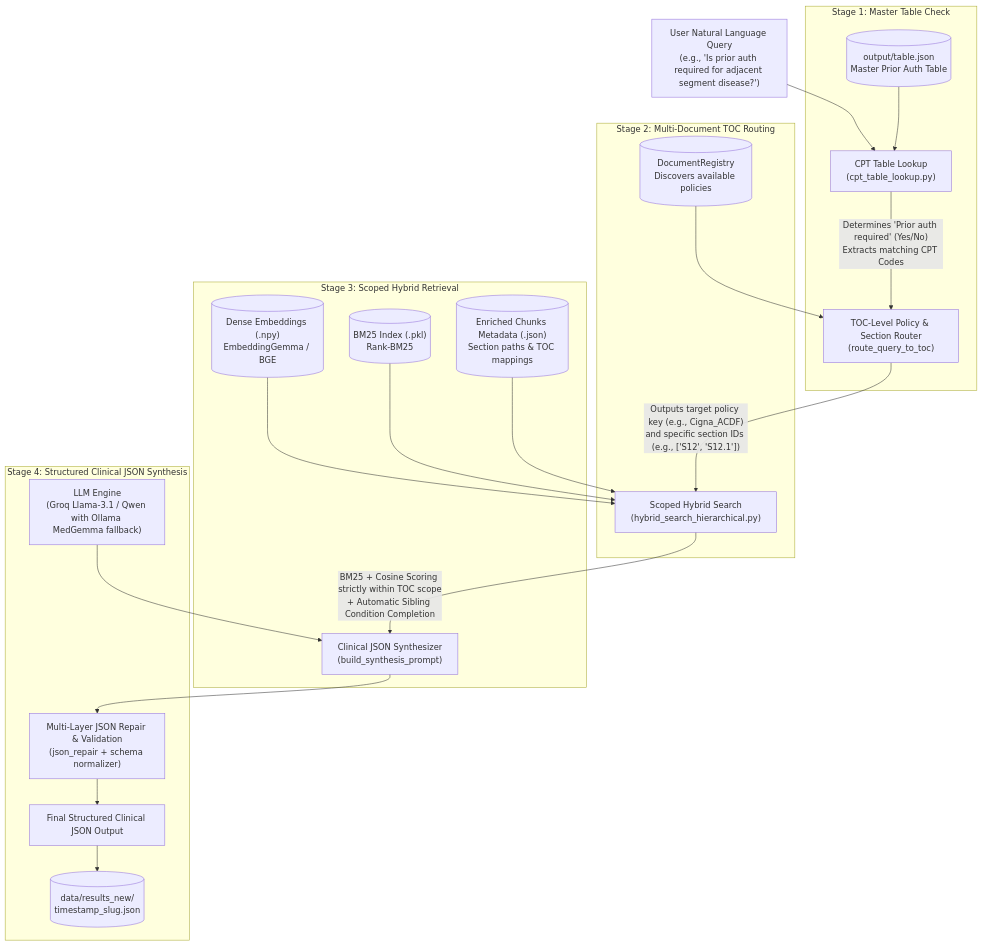
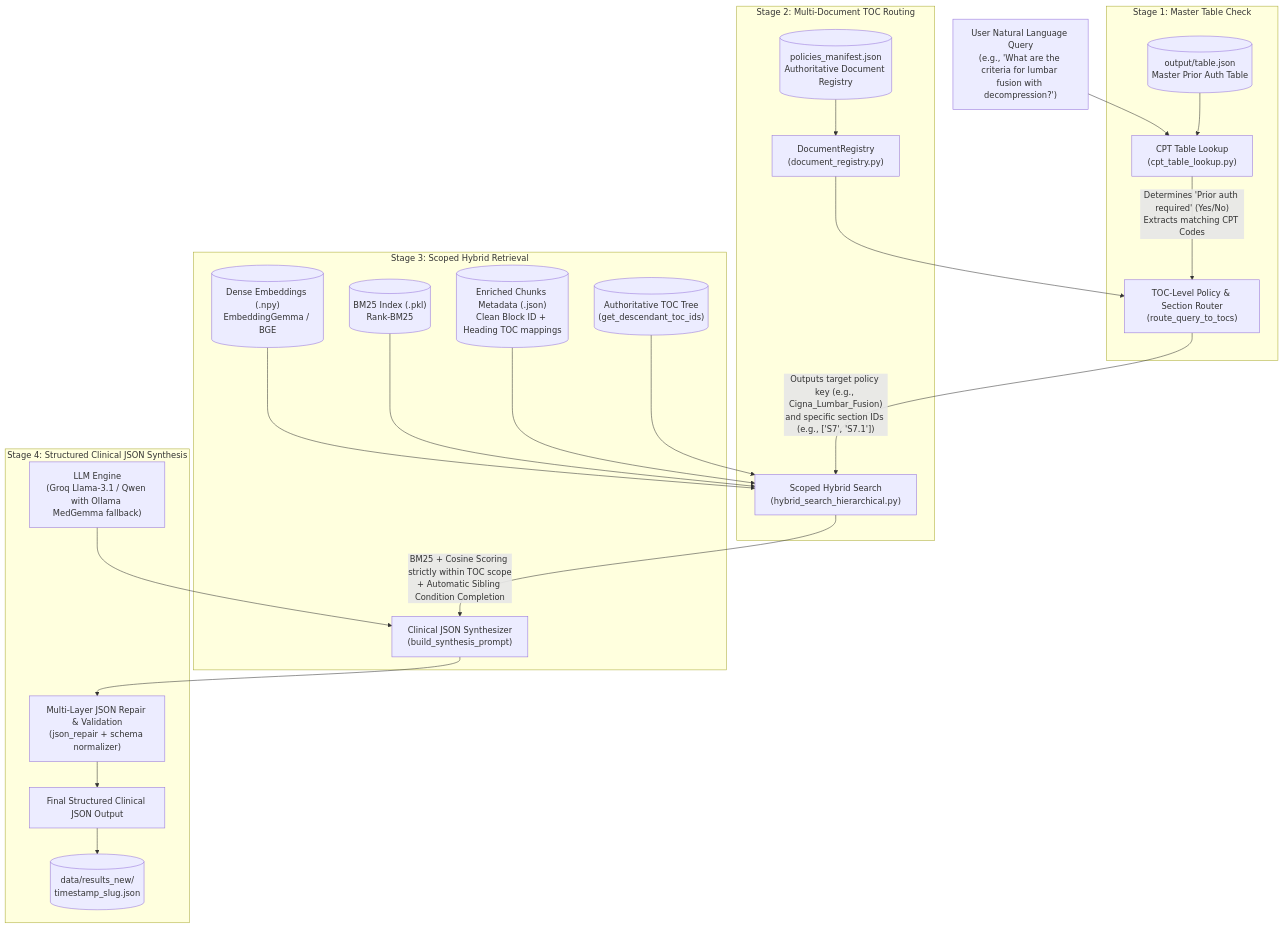
One commit to vijaykumarbk-btc/rag-copy changed the diagram in architecture.md. Above: the diagram before and after it, drawn with Mermaid. The commit also changed other lines of this file and 10 other files, not shown here.

````diff
--- a/architecture.md
+++ b/architecture.md
@@ -13,32 +13,34 @@
 ```mermaid
 flowchart TD
-    UserQuery["User Natural Language Query\n(e.g., 'Is prior auth required for adjacent segment disease?')"] --> S1
+    UserQuery["User Natural Language Query\n(e.g., 'What are the criteria for lumbar fusion with decompression?')"] --> S1
 
     subgraph Stage1["Stage 1: Master Table Check"]
         S1["CPT Table Lookup\n(cpt_table_lookup.py)"]
         TableJSON[("output/table.json\nMaster Prior Auth Table")] --> S1
         S1 -->|"Determines 'Prior auth required' (Yes/No)\nExtracts matching CPT Codes"| S2
     end
 
     subgraph Stage2["Stage 2: Multi-Document TOC Routing"]
-        DocRegistry[("DocumentRegistry\nDiscovers available policies")] --> S2
-        S2["TOC-Level Policy & Section Router\n(route_query_to_toc)"]
-        S2 -->|"Outputs target policy key (e.g., Cigna_ACDF)\nand specific section IDs (e.g., ['S12', 'S12.1'])"| S3
+        Manifest[("policies_manifest.json\nAuthoritative Document Registry")] --> DocRegistry
+        DocRegistry["DocumentRegistry\n(document_registry.py)"] --> S2
+        S2["TOC-Level Policy & Section Router\n(route_query_to_tocs)"]
+        S2 -->|"Outputs target policy key (e.g., Cigna_Lumbar_Fusion)\nand specific section IDs (e.g., ['S7', 'S7.1'])"| S3
     end
 
     subgraph Stage3["Stage 3: Scoped Hybrid Retrieval"]
         S3["Scoped Hybrid Search\n(hybrid_search_hierarchical.py)"]
         DenseEmbeddings[("Dense Embeddings (.npy)\nEmbeddingGemma / BGE")] --> S3
         BM25Index[("BM25 Index (.pkl)\nRank-BM25")] --> S3
-        MetadataChunks[("Enriched Chunks Metadata (.json)\nSection paths & TOC mappings")] --> S3
+        MetadataChunks[("Enriched Chunks Metadata (.json)\nClean Block ID + Heading TOC mappings")] --> S3
+        DescendantTree[("Authoritative TOC Tree\n(get_descendant_toc_ids)")] --> S3
         S3 -->|"BM25 + Cosine Scoring strictly within TOC scope\n+ Automatic Sibling Condition Completion"| S4
     end
 
     subgraph Stage4["Stage 4: Structured Clinical JSON Synthesis"]
         S4["Clinical JSON Synthesizer\n(build_synthesis_prompt)"]
         LLMProvider["LLM Engine\n(Groq Llama-3.1 / Qwen with Ollama MedGemma fallback)"] --> S4
         S4 --> Parser["Multi-Layer JSON Repair & Validation\n(json_repair + schema normalizer)"]
         Parser --> FinalJSON["Final Structured Clinical JSON Output"]
         FinalJSON --> DiskStorage[("data/results_new/\ntimestamp_slug.json")]
     end
 ```
````
